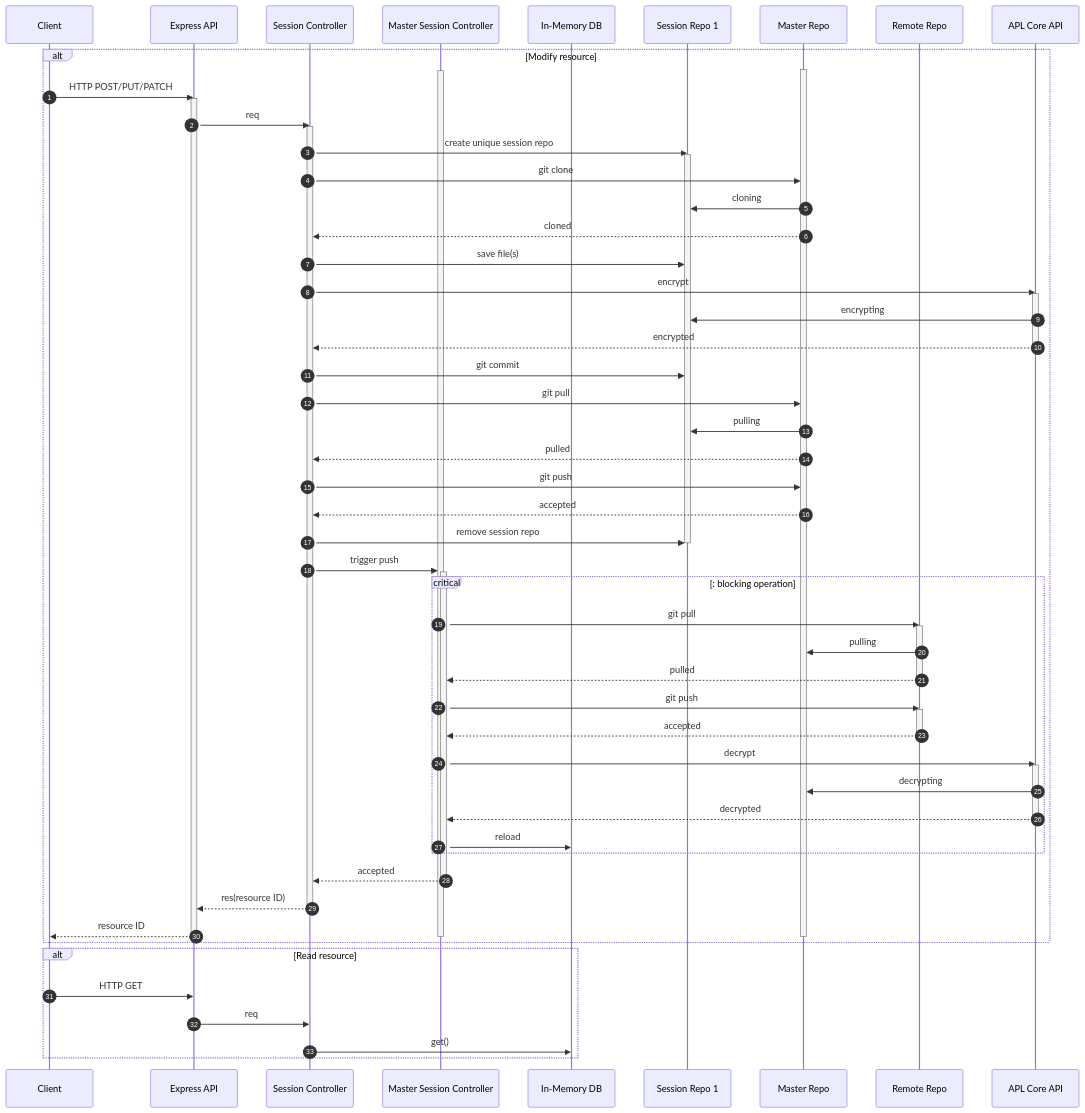
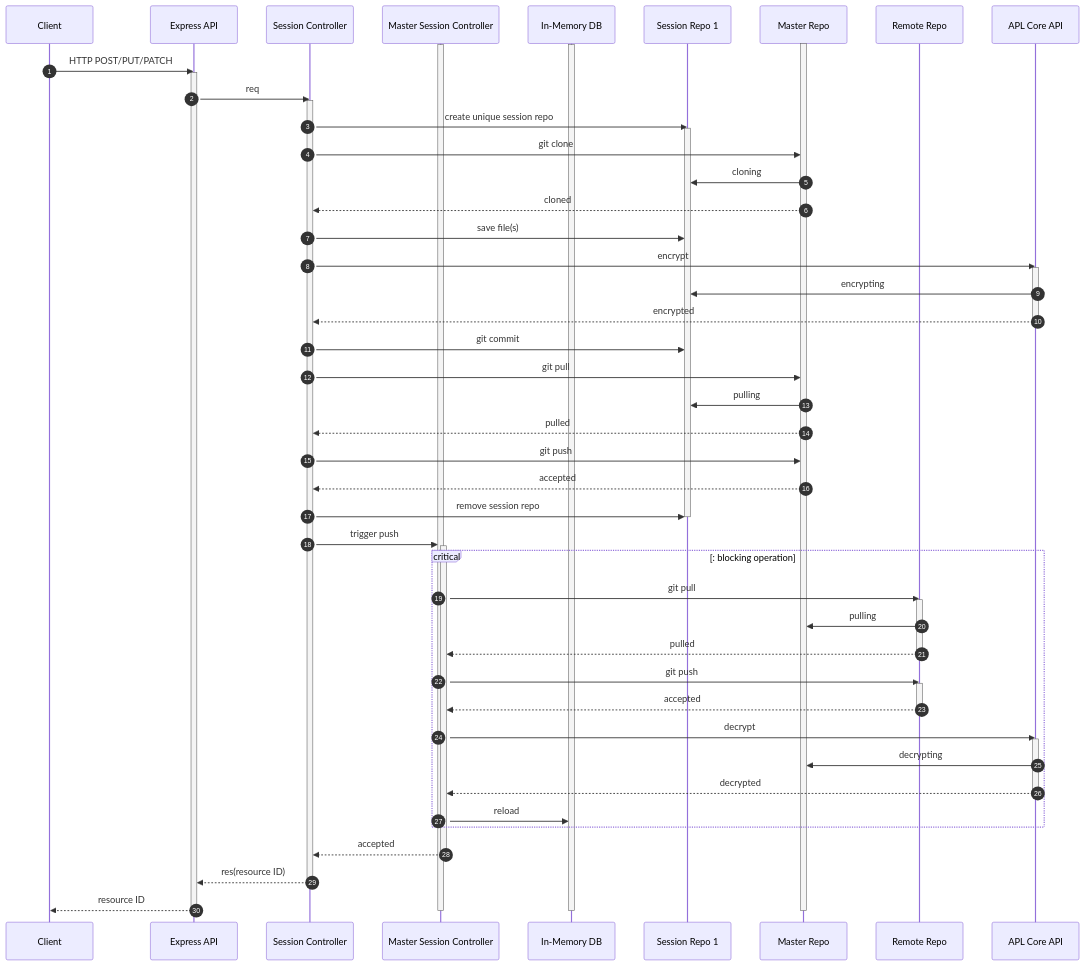
Before and after one commit to linode/apl-api: the first of 2 diagrams in docs/gitops.md, drawn with Mermaid. The commit also changed other lines of this file, not shown here.

Commit message:
docs: rest api and gitops

````diff
--- a/docs/gitops.md
+++ b/docs/gitops.md
@@ -7,74 +7,68 @@
 ```mermaid
 sequenceDiagram
     autonumber
     participant Client as Client
     participant API as Express API
     participant SC as Session Controller
     participant MC as Master Session Controller
     participant IMDB as In-Memory DB
     participant SR as Session Repo 1
     participant MR as Master Repo
     participant RR as Remote Repo
     participant ACA as APL Core API
 
-alt Modify resource
     activate MR
     activate MC
+    activate IMDB
     Client->>API: HTTP POST/PUT/PATCH
     activate API
     API->>SC: req
     activate SC
     SC->>SR: create unique session repo
     activate SR
     SC->>MR: git clone
     MR->>SR: cloning
     MR-->>SC: cloned
     SC->>SR: save file(s)
     SC->>ACA: encrypt
     activate ACA
     ACA->>SR: encrypting
     ACA-->>SC: encrypted
     deactivate ACA
     SC->>SR: git commit
     SC->>MR: git pull
     MR->>SR: pulling
     MR-->>SC: pulled
     SC->>MR: git push
     MR-->>SC: accepted
     SC->>SR: remove session repo
     deactivate SR
     SC->>MC: trigger push
     activate MC
     critical: blocking operation
     MC->>RR: git pull
     activate RR
     RR->>MR: pulling
     RR-->>MC: pulled
     deactivate RR
     MC->>RR: git push
     activate RR
     RR-->>MC: accepted
     deactivate RR
     MC->>ACA: decrypt
     activate ACA
     ACA->>MR: decrypting
     ACA-->>MC: decrypted
     deactivate ACA
     MC->>IMDB: reload
     end
     MC-->>SC: accepted
     deactivate MC
     SC-->>API: res(resource ID)
     deactivate SC
     API-->>Client: resource ID
     deactivate API
     deactivate MR
     deactivate MC
-end
-
-alt Read resource
-    Client->>API: HTTP GET
-    API->>SC: req
-    SC->>IMDB: get()
-end
+    deactivate IMDB
 ```
````
